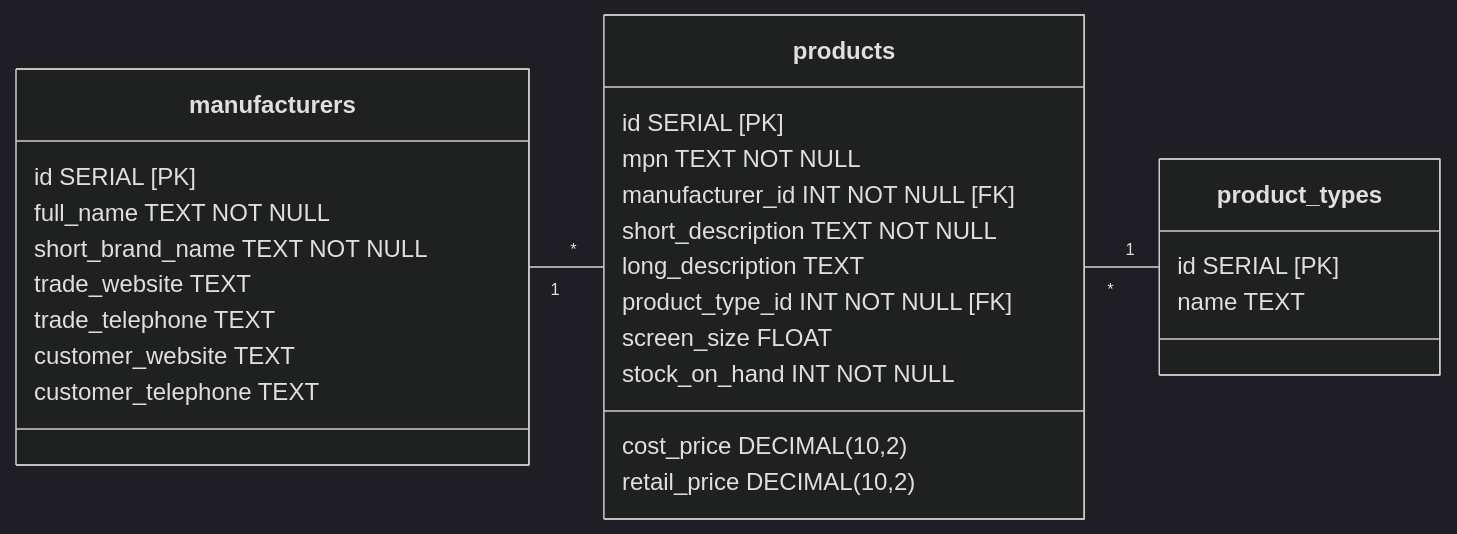
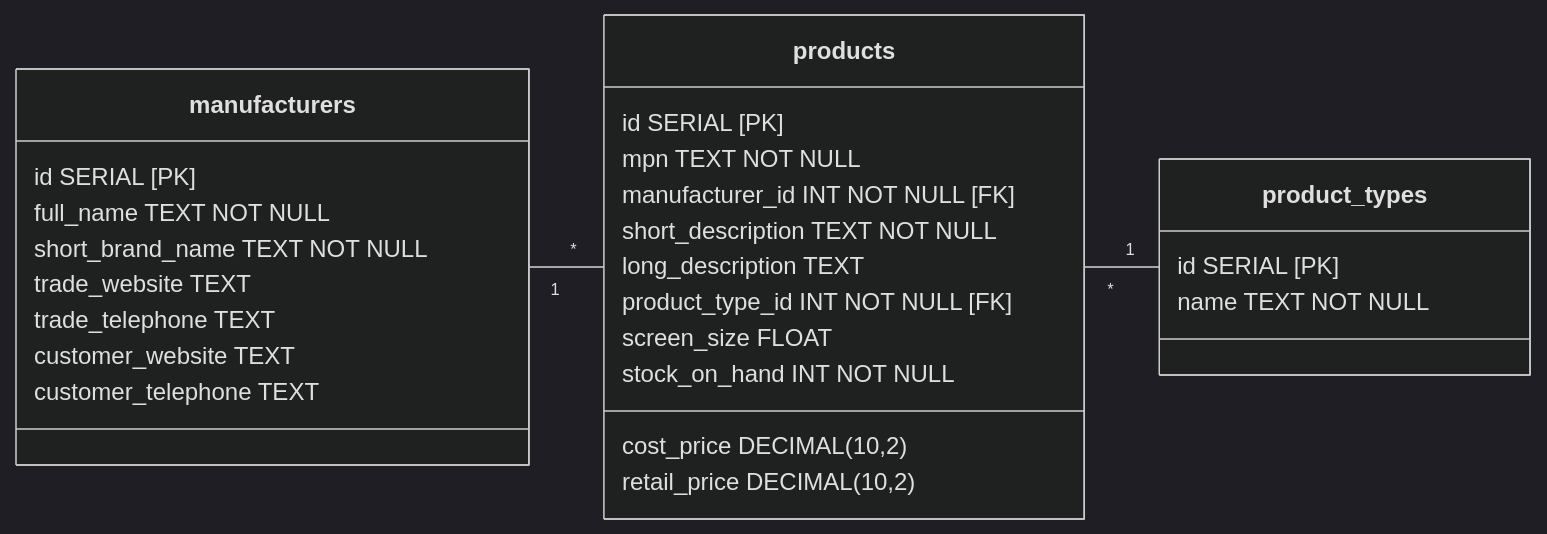
The first of 3 diagrams in design/db_tables.md (bsmith/StockReady), drawn with Mermaid (dark theme) before and after one commit. The commit also changed other lines of this file, not shown here.

Commit message:
🐛 Add missing NOT NULL to product_types

````diff
--- a/design/db_tables.md
+++ b/design/db_tables.md
@@ -7,32 +7,32 @@
 ```mermaid
 classDiagram
     direction LR
     class manufacturers {
         id SERIAL [PK]
         full_name TEXT NOT NULL
         short_brand_name TEXT NOT NULL
         trade_website TEXT
         trade_telephone TEXT
         customer_website TEXT
         customer_telephone TEXT
     }
     class products {
         id SERIAL [PK]
         mpn TEXT NOT NULL
         manufacturer_id INT NOT NULL [FK]
         short_description TEXT NOT NULL
         long_description TEXT
         product_type_id INT NOT NULL [FK]
         screen_size FLOAT
         stock_on_hand INT NOT NULL
         cost_price DECIMAL(10,2)
         retail_price DECIMAL(10,2)
     }
     class product_types {
         id SERIAL [PK]
-        name TEXT
+        name TEXT NOT NULL
     }
     
     manufacturers "1" -- "*" products
     products "*" -- "1" product_types
 ```
````
